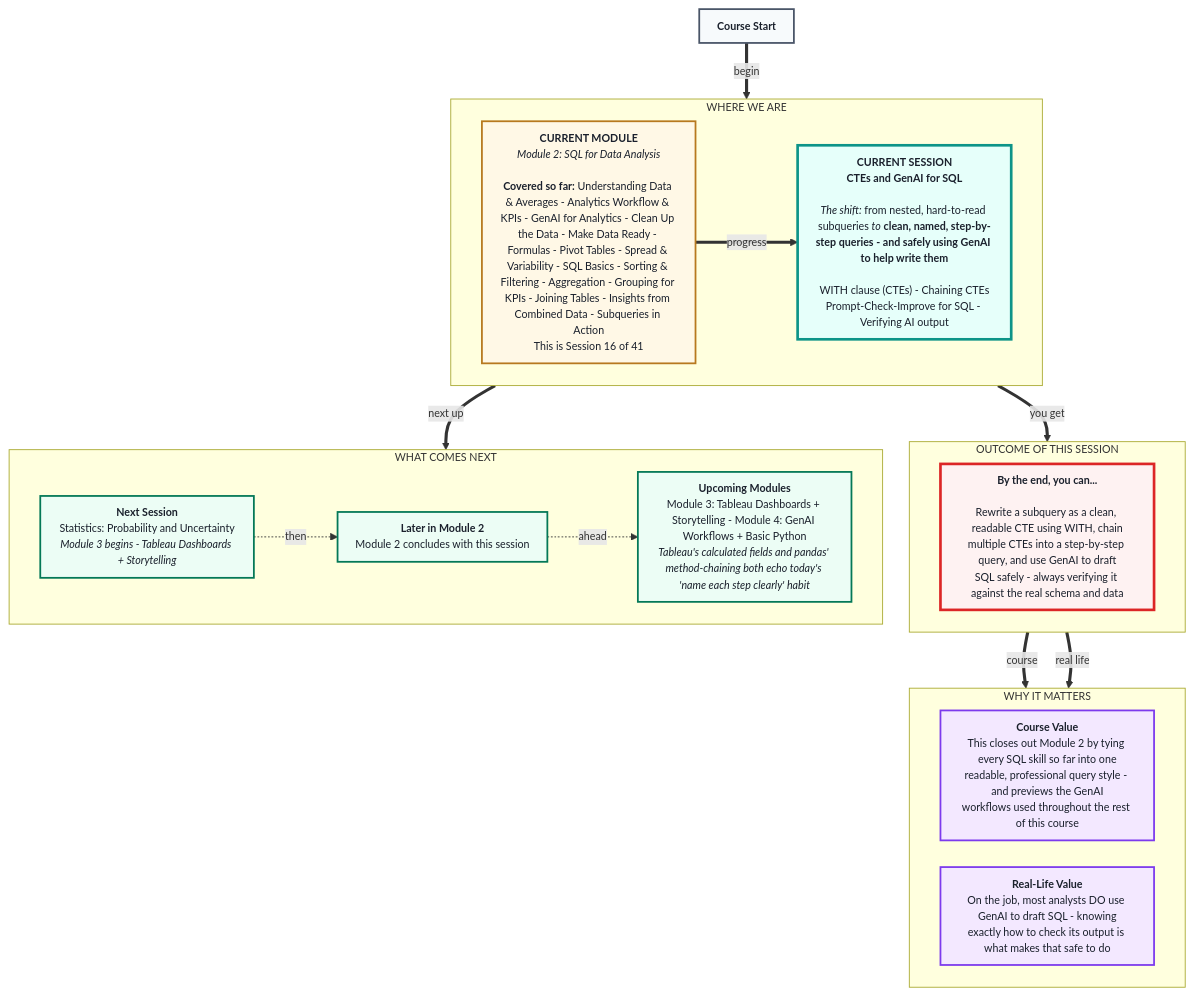
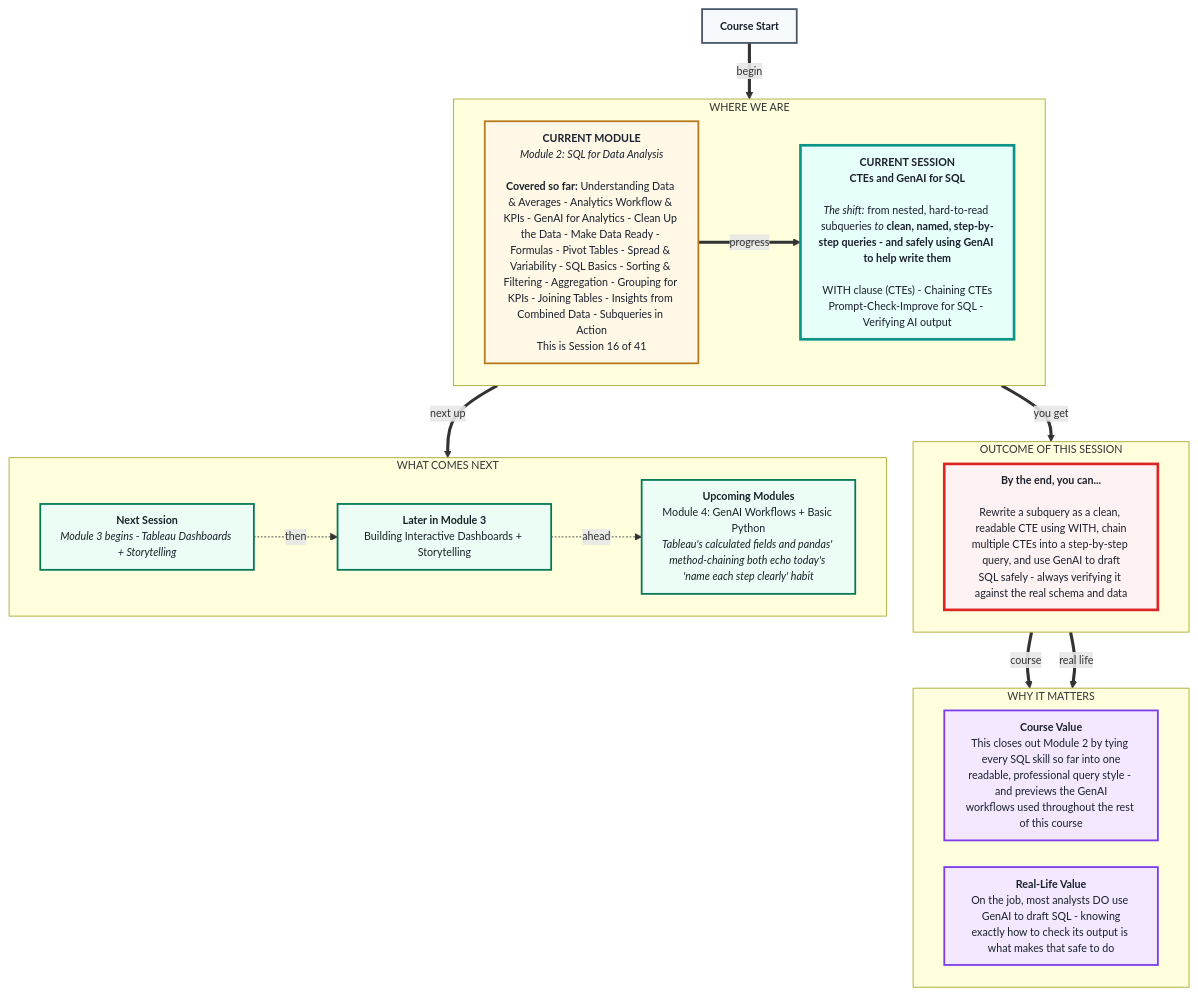
One commit to ritzrmx/Masai_Curriculum changed the first of 2 diagrams in IITP_AIML_Regional/IITP-GenAI-TA-I2606 & IITP-GenAI-TE-I-2608/Module-2/7.2 (CTEs and GenAI for SQL)/pre-read - CTEs and GenAI for SQL.md. Above: the diagram before and after it, drawn with Mermaid. The commit also changed other lines of this file and 759 other files, not shown here.

````diff
--- a/IITP_AIML_Regional/IITP-GenAI-TA-I2606 & IITP-GenAI-TE-I-2608/Module-2/7.2 (CTEs and GenAI for SQL)/pre-read - CTEs and GenAI for SQL.md
+++ b/IITP_AIML_Regional/IITP-GenAI-TA-I2606 & IITP-GenAI-TE-I-2608/Module-2/7.2 (CTEs and GenAI for SQL)/pre-read - CTEs and GenAI for SQL.md
@@ -9,53 +9,53 @@
 ```mermaid
 %%{init: {'theme': 'default', 'themeVariables': { 'fontSize': '12px', 'fontFamily': 'sans-serif' }, 'flowchart': {'htmlLabels': true, 'useMaxWidth': false, 'nodeSpacing': 30, 'rankSpacing': 45, 'padding': 10}}}%%
 flowchart TB
 
 START["<b>Course Start</b>"]
 
 subgraph foundation[" WHERE WE ARE "]
 direction LR
     CURMOD["<b>CURRENT MODULE</b><br/><i>Module 2: SQL for Data Analysis</i><br/>&nbsp;<br/><b>Covered so far:</b> Understanding Data &amp; Averages - Analytics Workflow &amp; KPIs - GenAI for Analytics - Clean Up the Data - Make Data Ready - Formulas - Pivot Tables - Spread &amp; Variability - SQL Basics - Sorting &amp; Filtering - Aggregation - Grouping for KPIs - Joining Tables - Insights from Combined Data - Subqueries in Action<br/>This is Session 16 of 41"]
     CURSES["<b>CURRENT SESSION</b><br/><b>CTEs and GenAI for SQL</b><br/>&nbsp;<br/><i>The shift:</i> from nested, hard-to-read subqueries <i>to</i> <b>clean, named, step-by-step queries - and safely using GenAI to help write them</b><br/>&nbsp;<br/>WITH clause (CTEs) - Chaining CTEs<br/>Prompt-Check-Improve for SQL - Verifying AI output"]
 end
 
 subgraph outcome[" OUTCOME OF THIS SESSION "]
 direction LR
     OUT["<b>By the end, you can...</b><br/>&nbsp;<br/>Rewrite a subquery as a clean, readable CTE using WITH, chain<br/>multiple CTEs into a step-by-step query, and use GenAI to draft<br/>SQL safely - always verifying it against the real schema and data"]
 end
 
 subgraph value[" WHY IT MATTERS "]
 direction LR
     CVAL["<b>Course Value</b><br/>This closes out Module 2 by tying every SQL skill so far into one<br/>readable, professional query style - and previews the GenAI<br/>workflows used throughout the rest of this course"]
     RVAL["<b>Real-Life Value</b><br/>On the job, most analysts DO use GenAI to draft SQL - knowing<br/>exactly how to check its output is what makes that safe to do"]
 end
 
 subgraph future[" WHAT COMES NEXT "]
 direction LR
-    U0["<b>Next Session</b><br/>Statistics: Probability and Uncertainty<br/><i>Module 3 begins - Tableau Dashboards + Storytelling</i>"]
-    U1["<b>Later in Module 2</b><br/>Module 2 concludes with this session"]
-    U2["<b>Upcoming Modules</b><br/>Module 3: Tableau Dashboards + Storytelling - Module 4: GenAI Workflows + Basic Python<br/><i>Tableau's calculated fields and pandas' method-chaining both echo today's 'name each step clearly' habit</i>"]
+    U0["<b>Next Session</b><br/><i>Module 3 begins - Tableau Dashboards + Storytelling</i>"]
+    U1["<b>Later in Module 3</b><br/>Building Interactive Dashboards + Storytelling"]
+    U2["<b>Upcoming Modules</b><br/>Module 4: GenAI Workflows + Basic Python<br/><i>Tableau's calculated fields and pandas' method-chaining both echo today's 'name each step clearly' habit</i>"]
 end
 
 START ==>|" begin "| CURMOD
 CURMOD ==>|" progress "| CURSES
 CURSES ==>|" you get "| OUT
 OUT ==>|" course "| CVAL
 OUT ==>|" real life "| RVAL
 CURSES ==>|" next up "| U0
 U0 -.->|" then "| U1
 U1 -.->|" ahead "| U2
 
 classDef startBox fill:#F7FAFC,stroke:#4A5568,stroke-width:2px,color:#1A202C
 classDef curModBox fill:#FFF8E6,stroke:#B7791F,stroke-width:2px,color:#1A202C
 classDef curSessBox fill:#E6FFFA,stroke:#0D9488,stroke-width:3px,color:#1A202C
 classDef outBox fill:#FEF2F2,stroke:#DC2626,stroke-width:3px,color:#1A202C
 classDef valueBox fill:#F3E8FF,stroke:#7C3AED,stroke-width:2px,color:#1A202C
 classDef futureBox fill:#ECFDF5,stroke:#047857,stroke-width:2px,color:#1A202C
 
 class START startBox
 class CURMOD curModBox
 class CURSES curSessBox
 class OUT outBox
 class CVAL,RVAL valueBox
 class U0,U1,U2 futureBox
 ```
````
